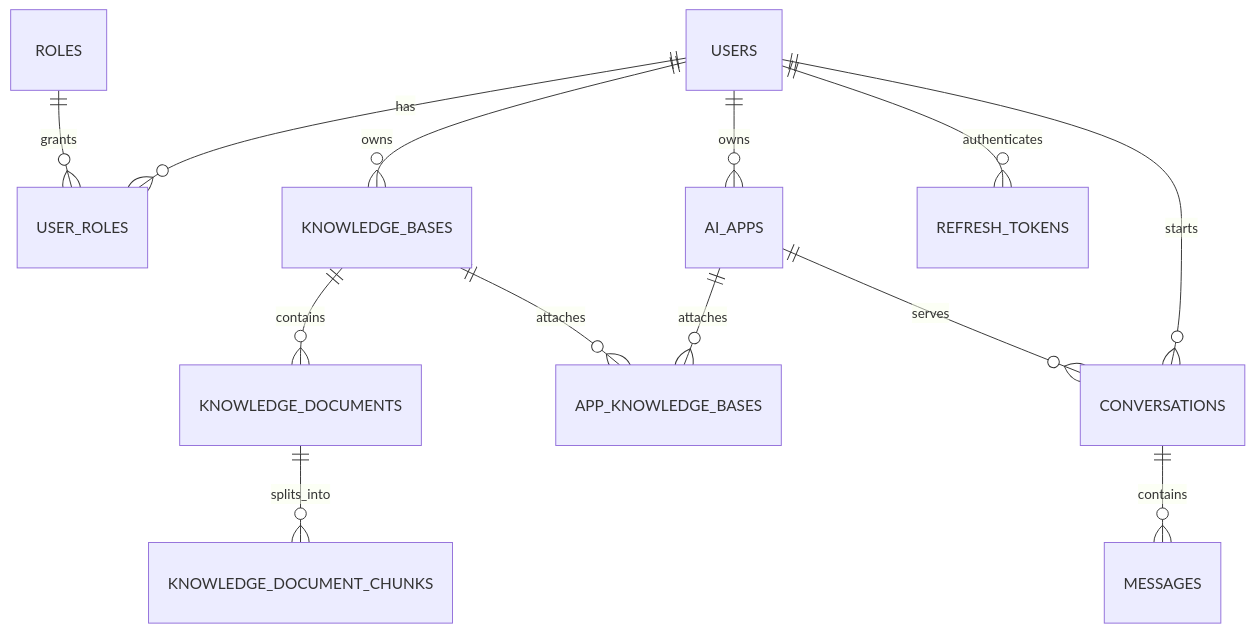
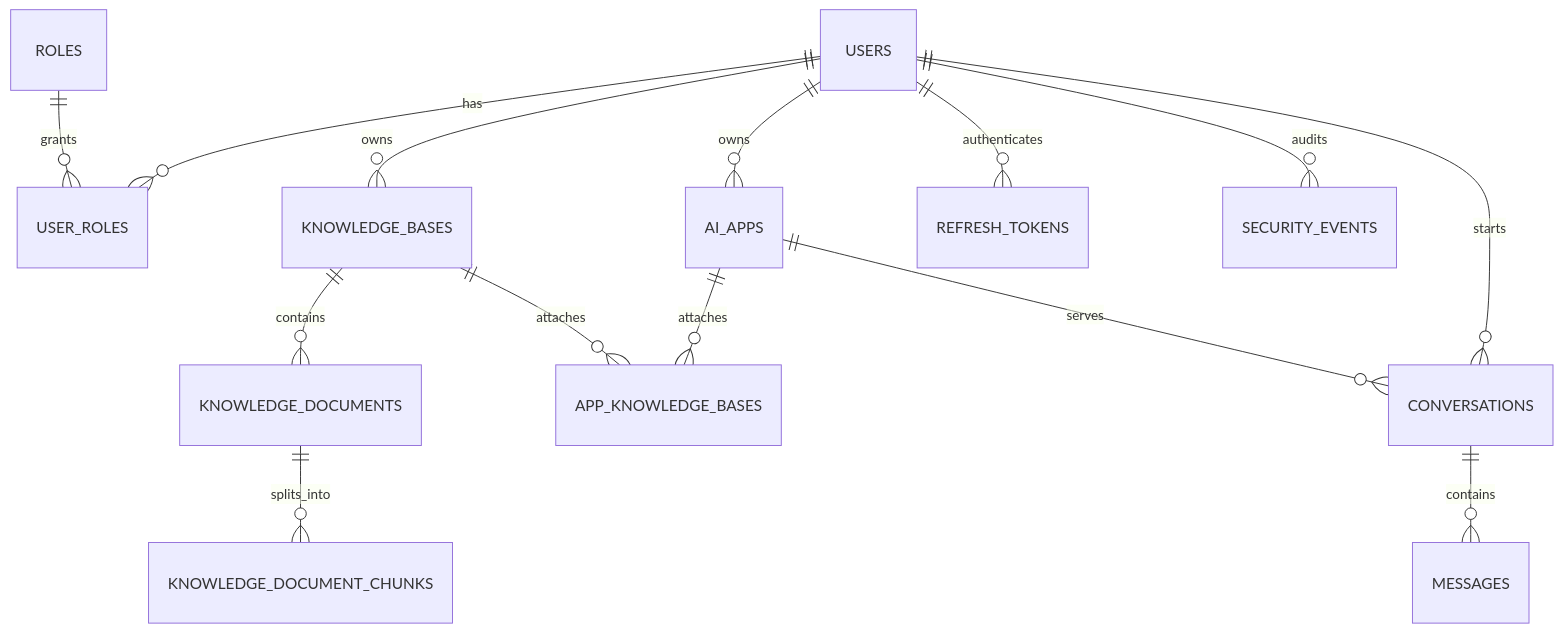
Before and after one commit to Tony-XUYANG/enterprise-knowledge-base-ai-platform: the diagram in docs/database-design.md, drawn with Mermaid. The commit also changed other lines of this file and 20 other files, not shown here.

````diff
--- a/docs/database-design.md
+++ b/docs/database-design.md
@@ -10,15 +10,16 @@
 ```mermaid
 erDiagram
     USERS ||--o{ USER_ROLES : has
     ROLES ||--o{ USER_ROLES : grants
     USERS ||--o{ AI_APPS : owns
     USERS ||--o{ KNOWLEDGE_BASES : owns
     KNOWLEDGE_BASES ||--o{ KNOWLEDGE_DOCUMENTS : contains
     KNOWLEDGE_DOCUMENTS ||--o{ KNOWLEDGE_DOCUMENT_CHUNKS : splits_into
     AI_APPS ||--o{ APP_KNOWLEDGE_BASES : attaches
     KNOWLEDGE_BASES ||--o{ APP_KNOWLEDGE_BASES : attaches
     USERS ||--o{ CONVERSATIONS : starts
     AI_APPS ||--o{ CONVERSATIONS : serves
     CONVERSATIONS ||--o{ MESSAGES : contains
     USERS ||--o{ REFRESH_TOKENS : authenticates
+    USERS ||--o{ SECURITY_EVENTS : audits
 ```
````
